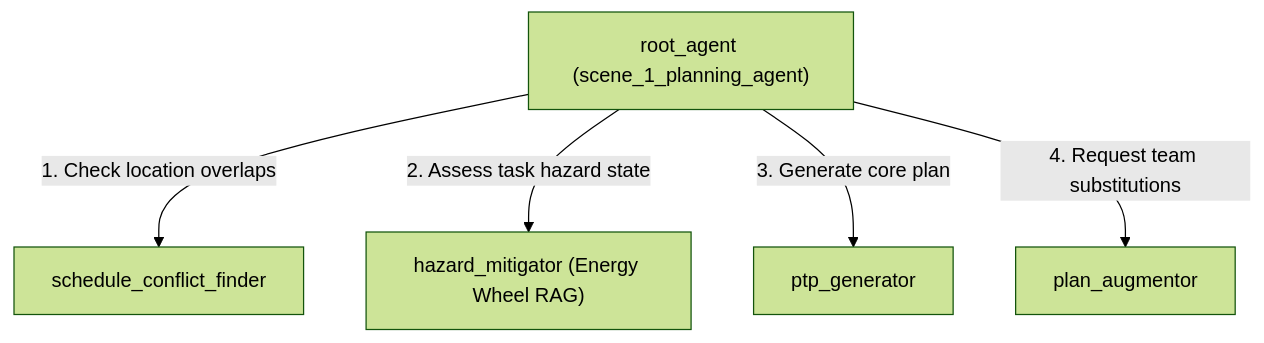
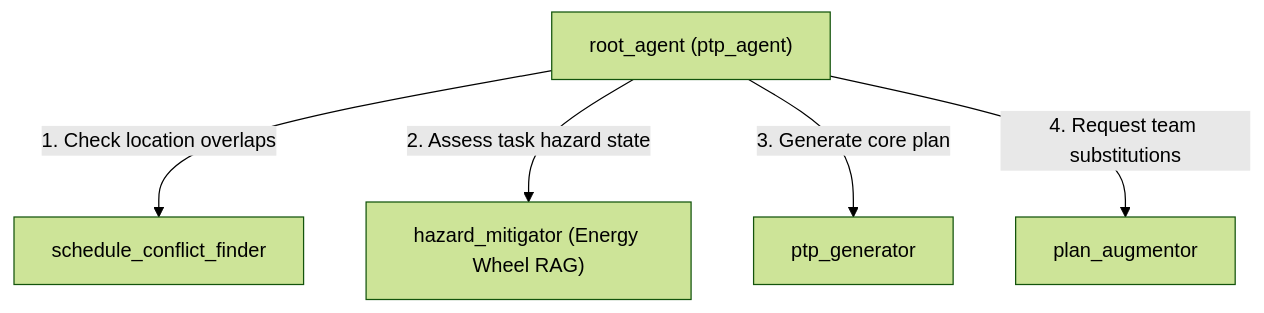
One commit to hning86/ptp_demo changed the diagram in README.md. Above: the diagram before and after it, drawn with Mermaid (forest theme). The commit also changed 17 other files, not shown here.

Commit message:
refactor: rename scene_1_agent to ptp_agent and remove scene 2 and 3

````diff
--- a/README.md
+++ b/README.md
@@ -9,13 +9,13 @@
     ```mermaid
     flowchart TD
-        R["root_agent (scene_1_planning_agent)"]
+        R["root_agent (ptp_agent)"]
         S["schedule_conflict_finder"]
         H["hazard_mitigator (Energy Wheel RAG)"]
         P["ptp_generator"]
         A["plan_augmentor"]
 
         R -->|"1. Check location overlaps"| S
         R -->|"2. Assess task hazard state"| H
         R -->|"3. Generate core plan"| P
         R -->|"4. Request team substitutions"| A
     ```
````
